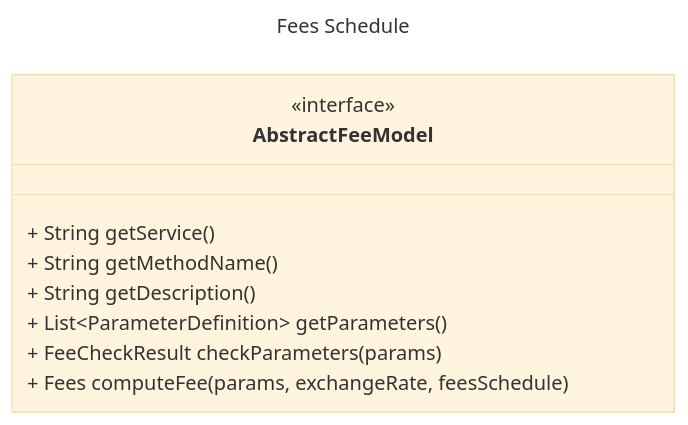
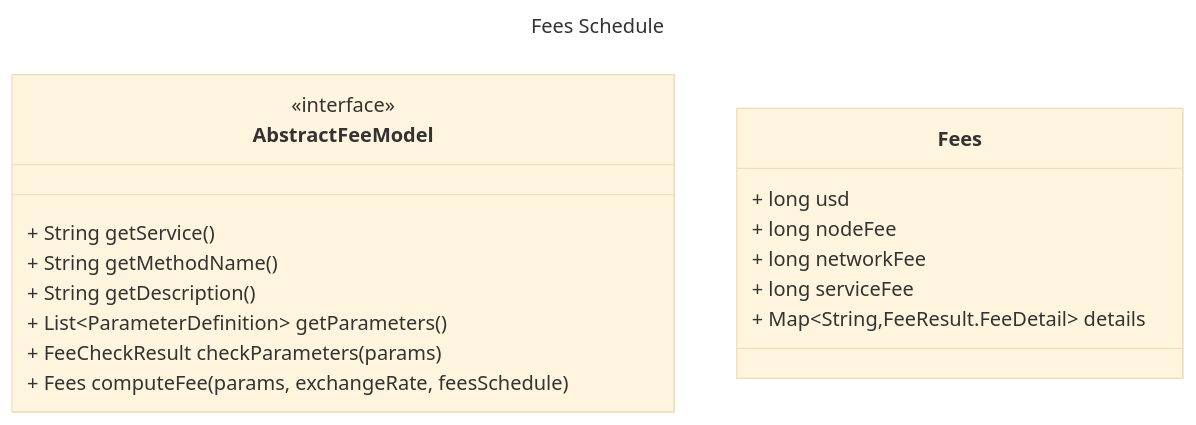
One commit to joshmarinacci/hiero-consensus-node changed the second of 2 diagrams in docs/simplefees/architecture.md. Above: the diagram before and after it, drawn with Mermaid (base theme).

Commit message:
add fees

````diff
--- a/docs/simplefees/architecture.md
+++ b/docs/simplefees/architecture.md
@@ -72,16 +72,24 @@
 ```mermaid
 ---
 title: Fees Schedule
 ---
 classDiagram
     class AbstractFeeModel {
          <<interface>>
         + String getService()
         + String getMethodName()
         + String getDescription()
         + List~ParameterDefinition~ getParameters()
         + FeeCheckResult checkParameters(params)
         + Fees computeFee(params, exchangeRate, feesSchedule)
     }
+    
+    class Fees {
+        + long usd
+        + long nodeFee
+        + long networkFee
+        + long serviceFee
+        + Map~String,FeeResult.FeeDetail~ details
+    }
 
 ```
````
